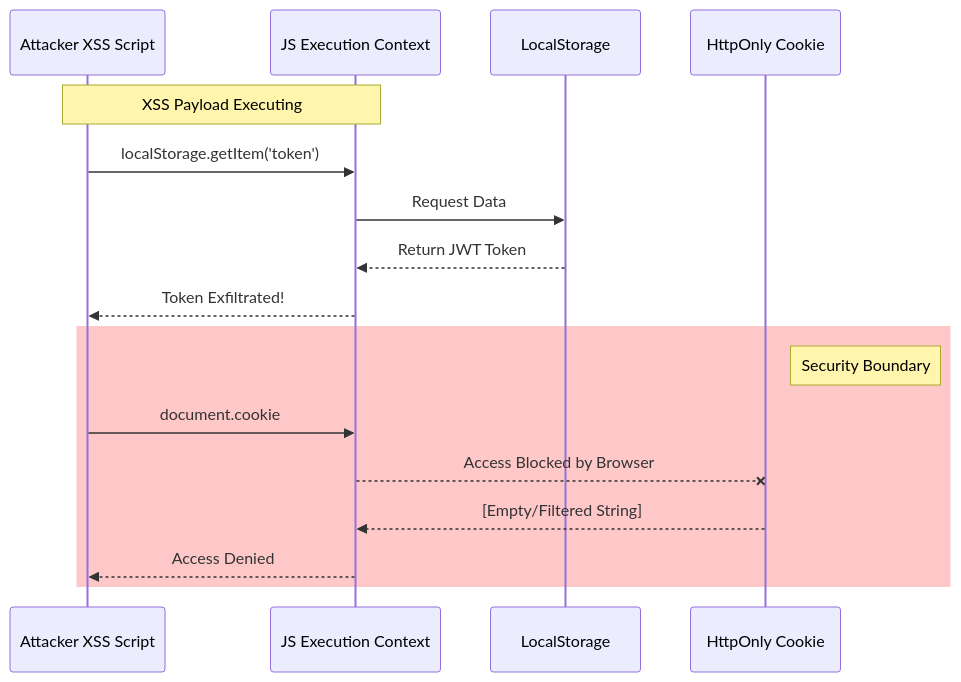
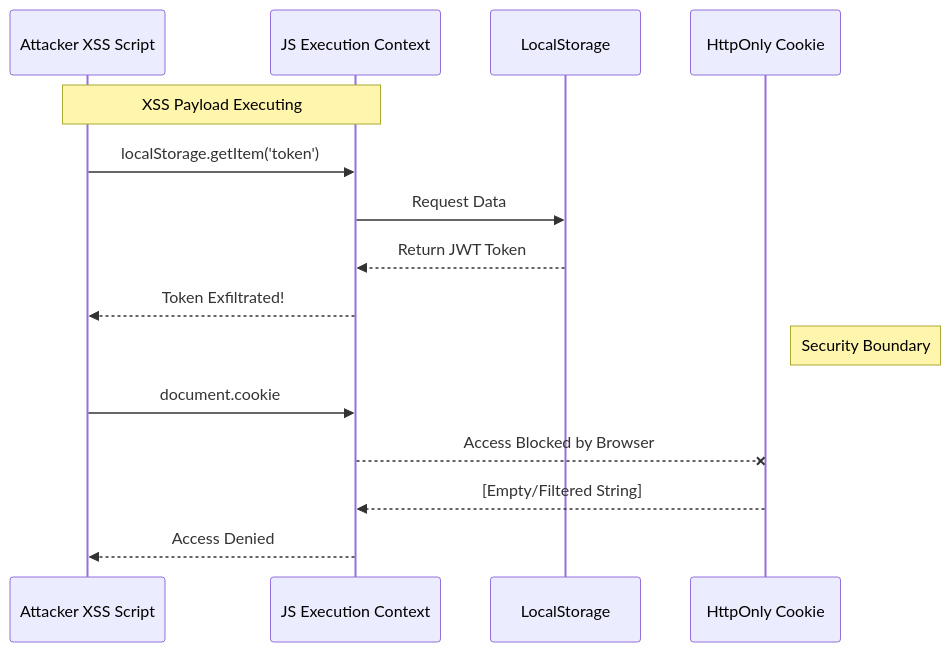
One commit to sujith-eag/sujith-library changed the seventh of 11 diagrams in docs/projects/blogs/security/dom_exploits/00-hostile-dom-summary.md. Above: the diagram before and after it, drawn with Mermaid. The commit also changed other lines of this file and 10 other files, not shown here.

````diff
--- a/docs/projects/blogs/security/dom_exploits/00-hostile-dom-summary.md
+++ b/docs/projects/blogs/security/dom_exploits/00-hostile-dom-summary.md
@@ -443,22 +443,20 @@
 ```mermaid
 sequenceDiagram
     participant Attacker as Attacker XSS Script
     participant JS as JS Execution Context
     participant Local as LocalStorage
     participant Cookie as HttpOnly Cookie
     
     Note over Attacker,JS: XSS Payload Executing
     
     Attacker->>JS: localStorage.getItem('token')
     JS->>Local: Request Data
     Local-->>JS: Return JWT Token
     JS-->>Attacker: Token Exfiltrated!
     
-    rect rgb(255, 200, 200)
     Note right of Cookie: Security Boundary
     Attacker->>JS: document.cookie
     JS--xCookie: Access Blocked by Browser
     Cookie-->>JS: [Empty/Filtered String]
     JS-->>Attacker: Access Denied
-    end
 ```
````
